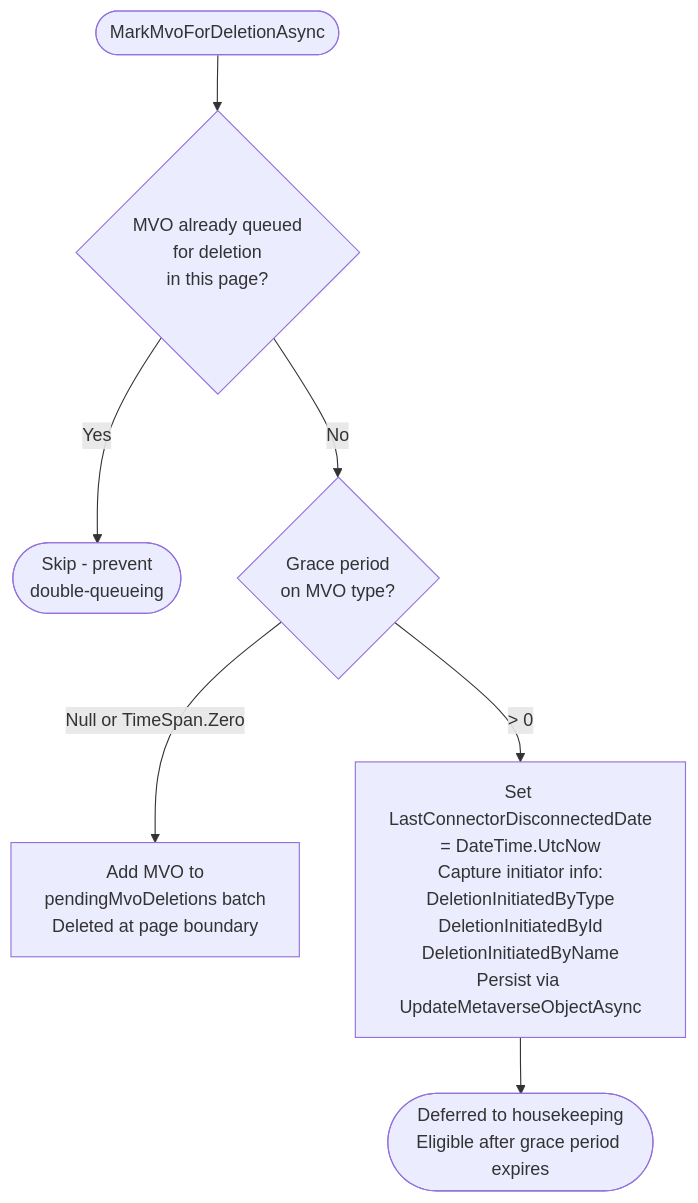
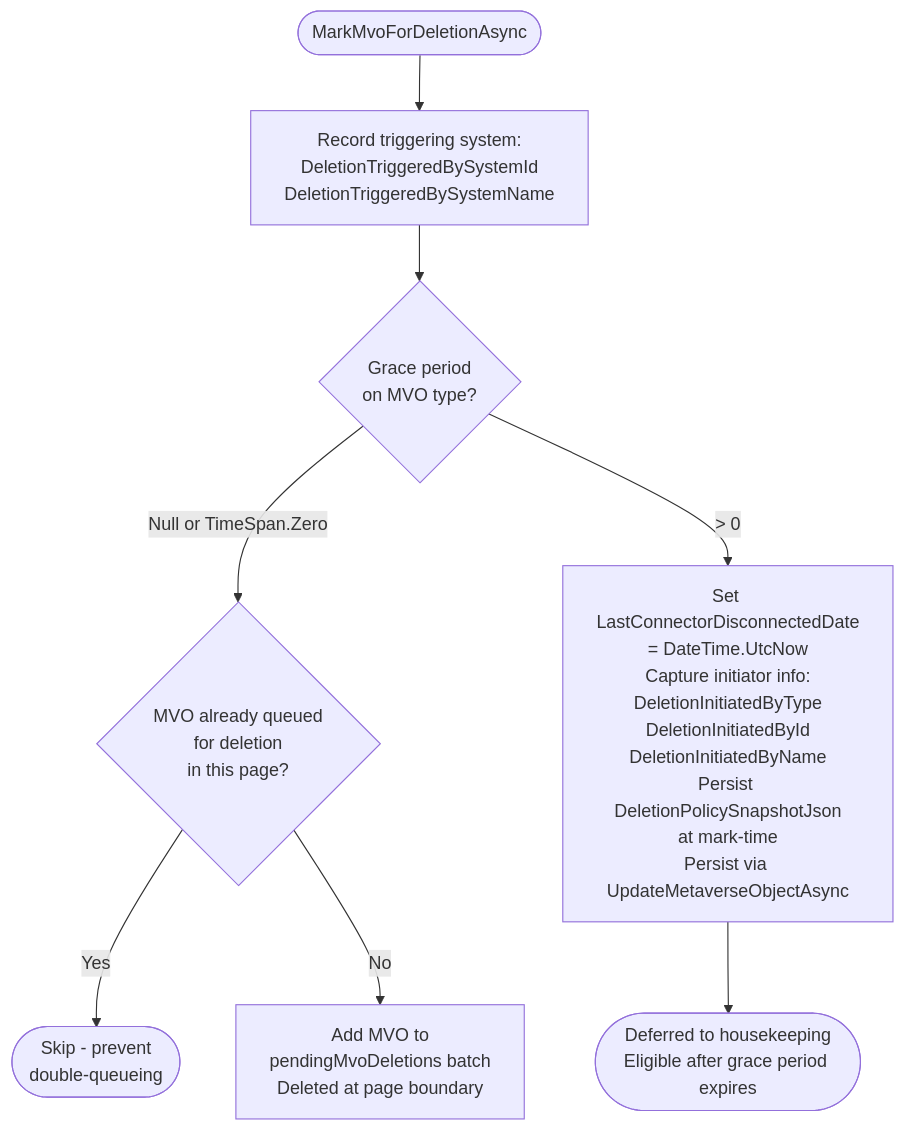
Before and after one commit to TetronIO/JIM: the third of 7 diagrams in docs/developer/diagrams/MVO_DELETION_AND_GRACE_PERIOD.md, drawn with Mermaid. The commit also changed other lines of this file and 6 other files, not shown here.

First line of the commit message:
docs(deletion): trigger modes integration scenario, diagrams, admin docs, changelog (#119)

````diff
--- a/docs/developer/diagrams/MVO_DELETION_AND_GRACE_PERIOD.md
+++ b/docs/developer/diagrams/MVO_DELETION_AND_GRACE_PERIOD.md
@@ -64,12 +84,12 @@
 ```mermaid
 flowchart TD
-    Mark([MarkMvoForDeletionAsync]) --> DedupCheck{MVO already queued<br/>for deletion<br/>in this page?}
+    Mark([MarkMvoForDeletionAsync]) --> RecordTrigger[Record triggering system:<br/>DeletionTriggeredBySystemId<br/>DeletionTriggeredBySystemName]
+    RecordTrigger --> CheckGrace{Grace period<br/>on MVO type?}
+
+    CheckGrace -->|Null or TimeSpan.Zero| DedupCheck{MVO already queued<br/>for deletion<br/>in this page?}
     DedupCheck -->|Yes| Skip([Skip - prevent<br/>double-queueing])
+    DedupCheck -->|No| Immediate[Add MVO to<br/>pendingMvoDeletions batch<br/>Deleted at page boundary]
 
-    DedupCheck -->|No| CheckGrace{Grace period<br/>on MVO type?}
-
-    CheckGrace -->|Null or TimeSpan.Zero| Immediate[Add MVO to<br/>pendingMvoDeletions batch<br/>Deleted at page boundary]
-
-    CheckGrace -->|> 0| Deferred[Set LastConnectorDisconnectedDate<br/>= DateTime.UtcNow<br/>Capture initiator info:<br/>DeletionInitiatedByType<br/>DeletionInitiatedById<br/>DeletionInitiatedByName<br/>Persist via UpdateMetaverseObjectAsync]
+    CheckGrace -->|> 0| Deferred[Set LastConnectorDisconnectedDate<br/>= DateTime.UtcNow<br/>Capture initiator info:<br/>DeletionInitiatedByType<br/>DeletionInitiatedById<br/>DeletionInitiatedByName<br/>Persist DeletionPolicySnapshotJson<br/>at mark-time<br/>Persist via UpdateMetaverseObjectAsync]
     Deferred --> WaitForHousekeeping([Deferred to housekeeping<br/>Eligible after grace period expires])
 ```
````
